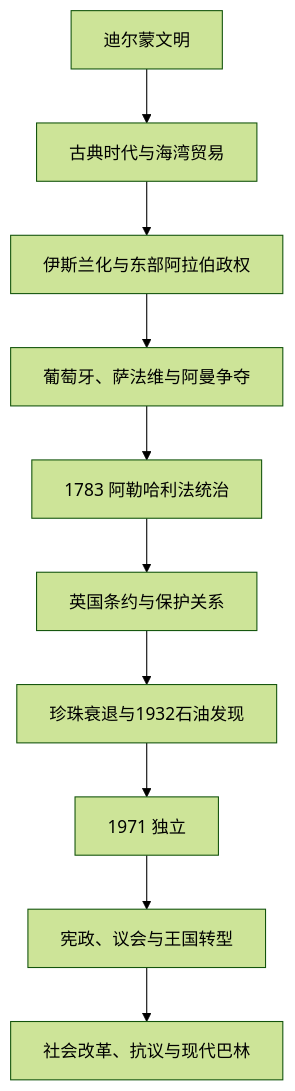
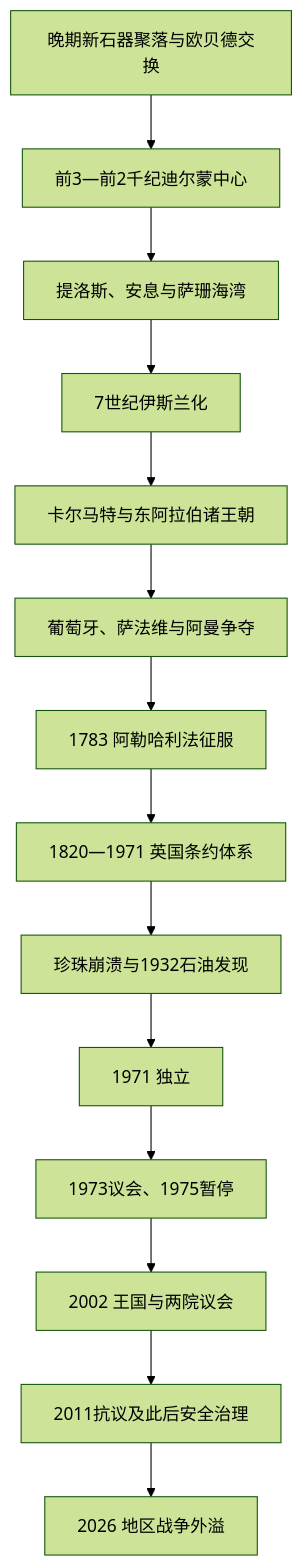
The diagram in 人文科学/历史/西亚/阿拉伯半岛/巴林/README.md (tianlan-dev/learning-notes), drawn with Mermaid (forest theme) before and after one commit. The commit also changed other lines of this file and 1417 other files, not shown here.

````diff
--- a/人文科学/历史/西亚/阿拉伯半岛/巴林/README.md
+++ b/人文科学/历史/西亚/阿拉伯半岛/巴林/README.md
@@ -13,12 +14,16 @@
 ```mermaid
 flowchart TD
-    Dilmun["迪尔蒙文明"] --> Ancient["古典时代与海湾贸易"]
-    Ancient --> Islam["伊斯兰化与东部阿拉伯政权"]
-    Islam --> Portuguese["葡萄牙、萨法维与阿曼争夺"]
-    Portuguese --> Khalifa["1783 阿勒哈利法统治"]
-    Khalifa --> British["英国条约与保护关系"]
-    British --> Oil["珍珠衰退与1932石油发现"]
+    Neolithic["晚期新石器聚落与欧贝德交换"] --> Dilmun["前3—前2千纪迪尔蒙中心"]
+    Dilmun --> Tylos["提洛斯、安息与萨珊海湾"]
+    Tylos --> Islam["7世纪伊斯兰化"]
+    Islam --> Qarmatian["卡尔马特与东阿拉伯诸王朝"]
+    Qarmatian --> Overseas["葡萄牙、萨法维与阿曼争夺"]
+    Overseas --> Khalifa["1783 阿勒哈利法征服"]
+    Khalifa --> British["1820—1971 英国条约体系"]
+    British --> Oil["珍珠崩溃与1932石油发现"]
     Oil --> Independence["1971 独立"]
-    Independence --> Constitution["宪政、议会与王国转型"]
-    Constitution --> Modern["社会改革、抗议与现代巴林"]
+    Independence --> Parliament["1973议会、1975暂停"]
+    Parliament --> Kingdom["2002 王国与两院议会"]
+    Kingdom --> Crisis["2011抗议及此后安全治理"]
+    Crisis --> War["2026 地区战争外溢"]
 ```
````
